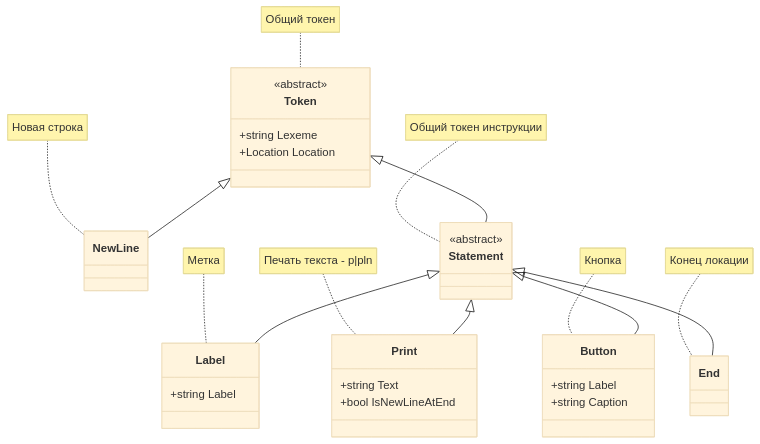
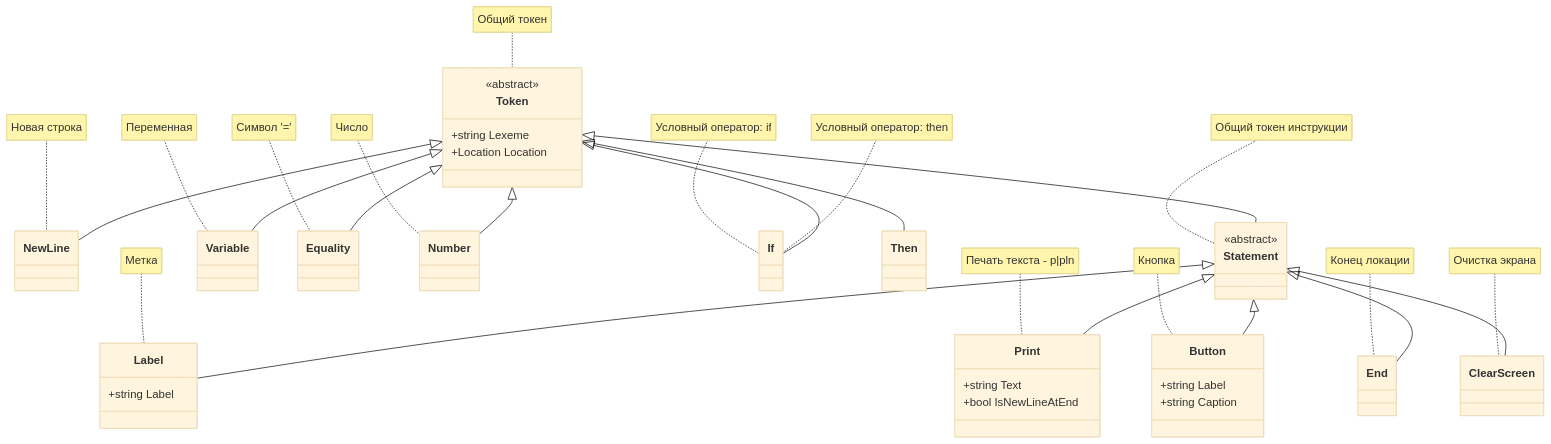
Before and after one commit to realsonic/MURQ: the third of 4 diagrams in Application/MURQ.URQL/docs/URQL Syntax.md, drawn with Mermaid (base theme). The commit also changed other lines of this file and 99 other files, not shown here.

````diff
--- a/Application/MURQ.URQL/docs/URQL Syntax.md
+++ b/Application/MURQ.URQL/docs/URQL Syntax.md
@@ -28,39 +40,57 @@
 ```mermaid
 classDiagram
     class Token {
         +string Lexeme
         +Location Location
     }
     <<abstract>> Token
     note for Token "Общий токен"
 
     Token <|-- NewLine
     note for NewLine "Новая строка"
 
     Token <|-- Statement
     <<abstract>> Statement
     note for Statement "Общий токен инструкции"
 
     Statement <|-- Label
     class Label {
         +string Label
     }
     note for Label "Метка"
 
     Statement <|-- Print
     class Print {
         +string Text
         +bool IsNewLineAtEnd
     }
     note for Print "Печать текста - p|pln"
 
     Statement <|-- Button
     class Button {
         +string Label
         +string Caption
     }
     note for Button "Кнопка"
 
     Statement <|-- End
     note for End "Конец локации"
+
+    Statement <|-- ClearScreen
+    note for ClearScreen "Очистка экрана"
+
+    Token <|-- Variable
+    note for Variable "Переменная"
+
+    Token <|-- Equality
+    note for Equality "Символ '='"
+
+    Token <|-- Number
+    note for Number "Число"
+
+    Token <|-- If
+    note for If "Условный оператор: if"
+
+    Token <|-- Then
+    note for If "Условный оператор: then"
 ```
````
